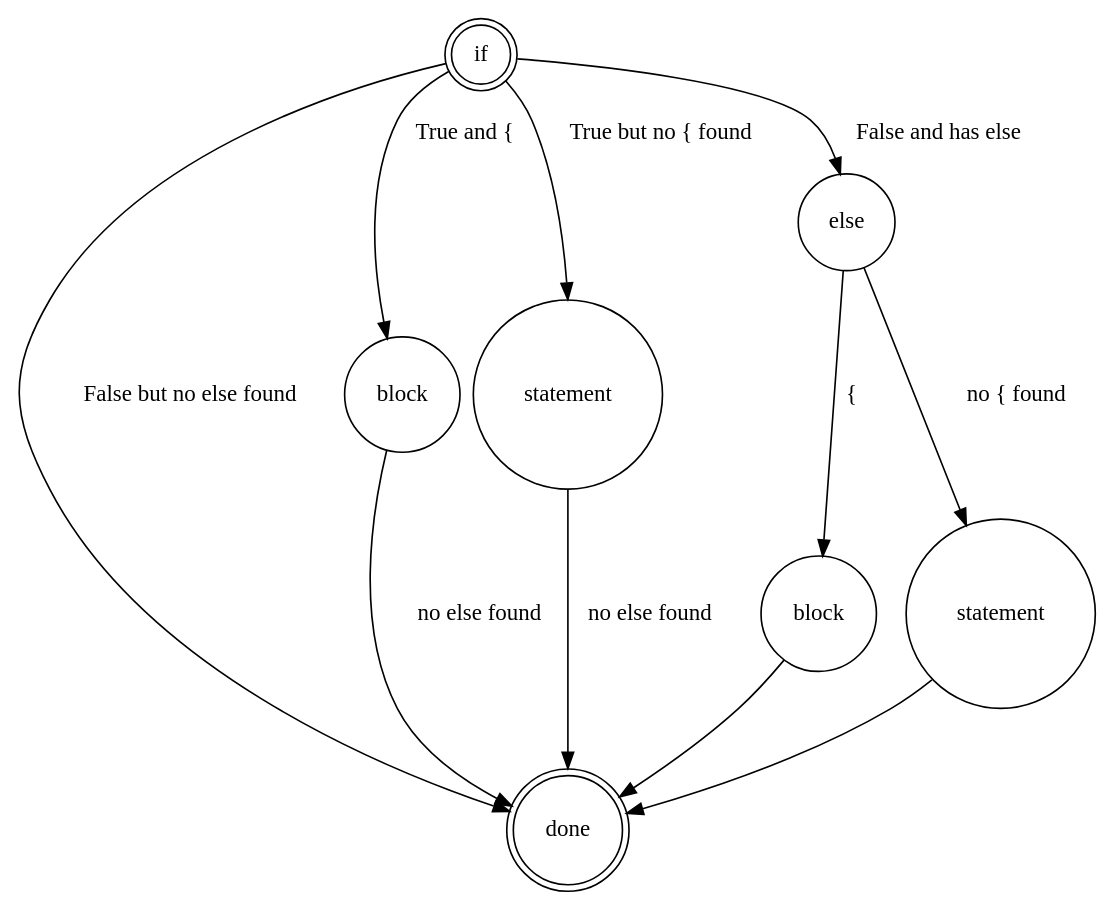
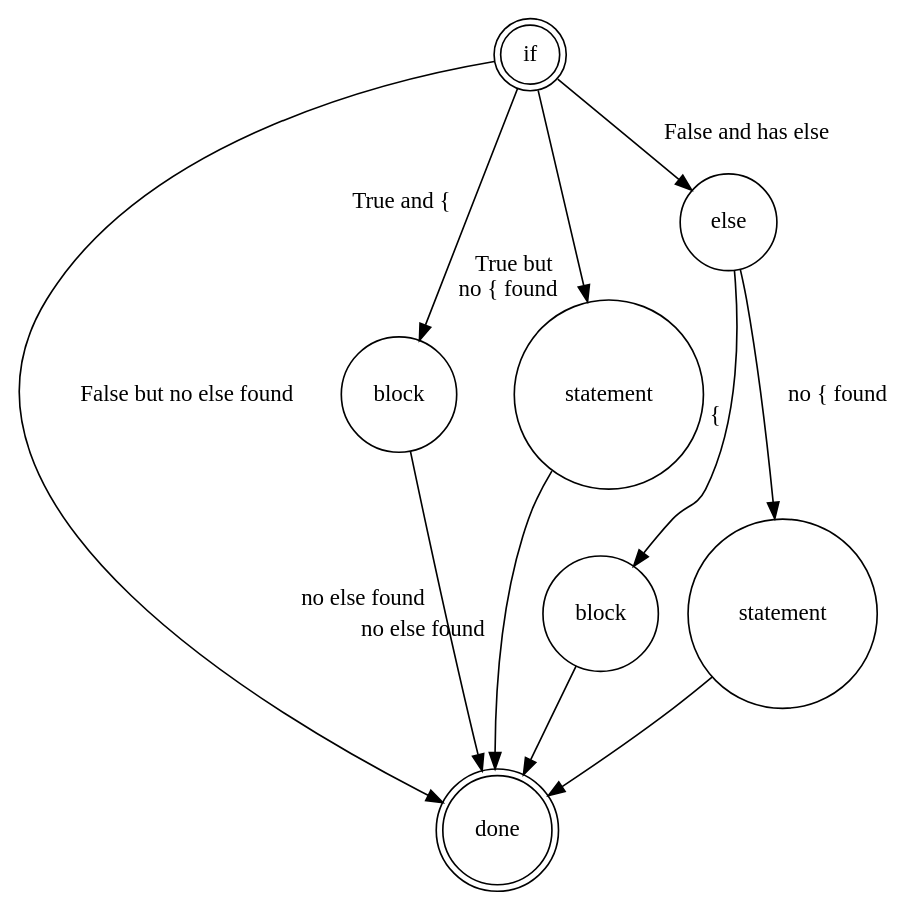
Before and after one commit to jeremyhansen/rooksguide-cplusplus: the diagram in diagrams/if-flow.dot, drawn with Graphviz. The commit also changed 1 other file, not shown here.

```diff
--- a/diagrams/if-flow.dot
+++ b/diagrams/if-flow.dot
@@ -1,22 +1,28 @@
 digraph ifflow {
 // Created by Levi Schuck
+
 	node [shape=circle];
 	if [shape=doublecircle];
 	done [shape=doublecircle];
-	code [label="block"];
 	code2 [label="block"];
-	st [label="statement"];
+	
 	st2 [label="statement"];
 
-	if -> code [label=" True and {"];
-	if -> st [label=" True but no { found"];
-	else -> code2 [label=" {"];
+	subgraph {
+		rank=same;
+		code [label="block"];
+		st [label="statement"];
+	}
+
+	if -> code [xlabel=" True and {"];
+	if -> st [rotate=90,headlabel=" True but\n no { found  "];
+	else -> code2 [xlabel=" {"];
 	else -> st2 [label=" no { found"];
 	if -> else [label=" False and has else"];
 	if -> done [label=" False but no else found"];
 	code2 -> done;
 	st2 -> done;
-	code -> done [label=" no else found"];
-	st -> done [label=" no else found"];
-
+	code -> done [xlabel=" no else found"];
+	st -> done [xlabel=" no else found"];
+	code -> st [style=invis];
 }
```
